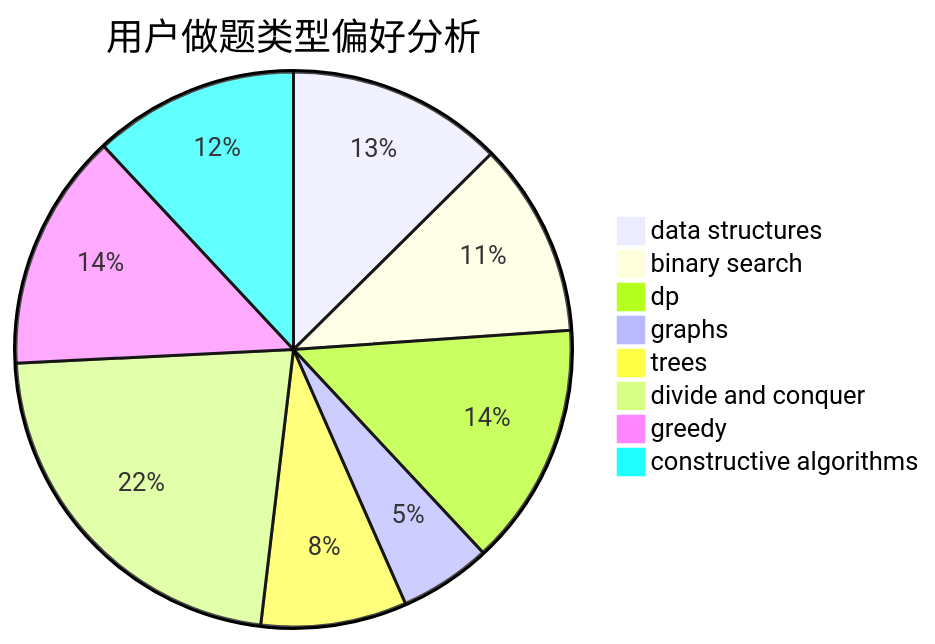
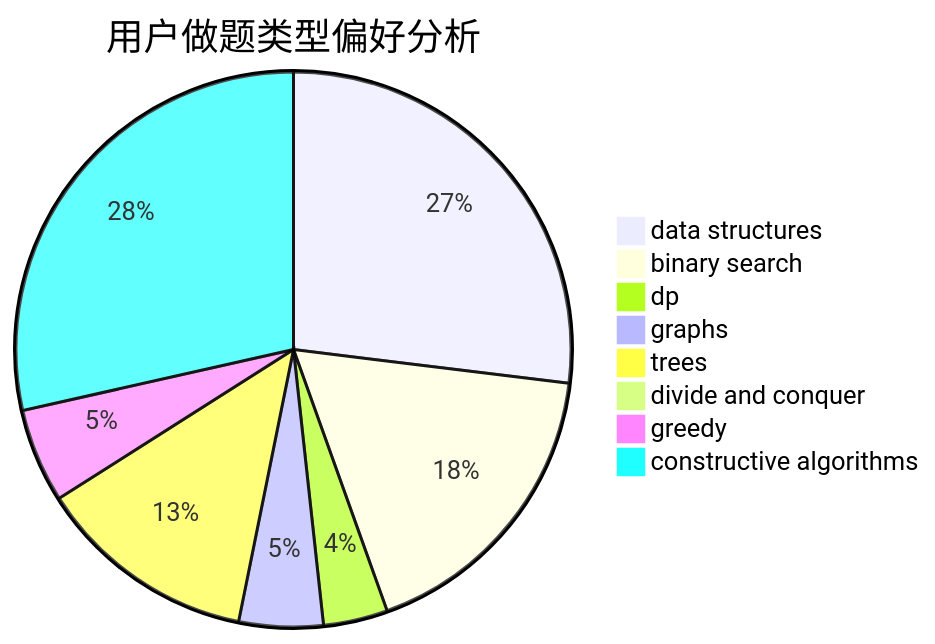
The second of 3 diagrams in docs/user/u1156.md (sherpahu/cfrs.github.io), drawn with Mermaid before and after one commit. The commit also changed other lines of this file and 2770 other files, not shown here.

````diff
--- a/docs/user/u1156.md
+++ b/docs/user/u1156.md
@@ -23,11 +23,11 @@
 ```mermaid
 pie title 用户做题类型偏好分析
-    "data structures" :  40
-    "binary search" :  36
-    "dp" :  45
-    "graphs" :  17
-    "trees" :  27
-    "divide and conquer" :  71
-    "greedy" :  44
-    "constructive algorithms" :  38
+    "data structures" :  187
+    "binary search" :  122
+    "dp" :  26
+    "graphs" :  34
+    "trees" :  89
+    "divide and conquer" :  1
+    "greedy" :  38
+    "constructive algorithms" :  198
 ```
````
